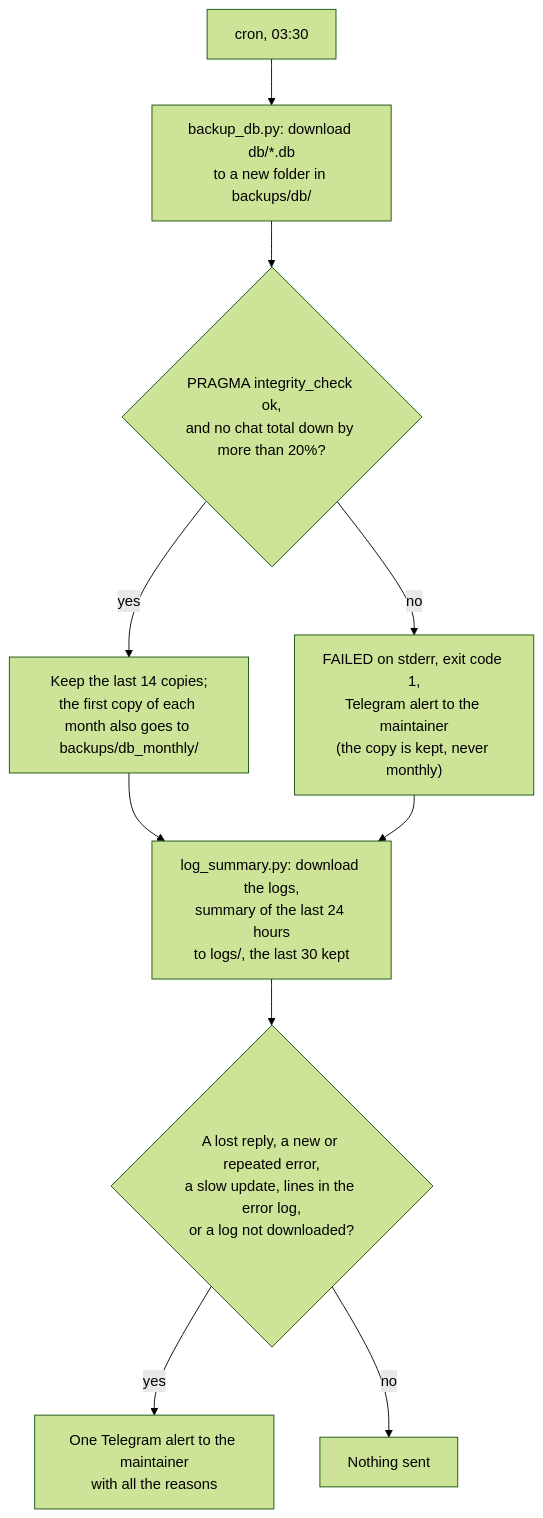
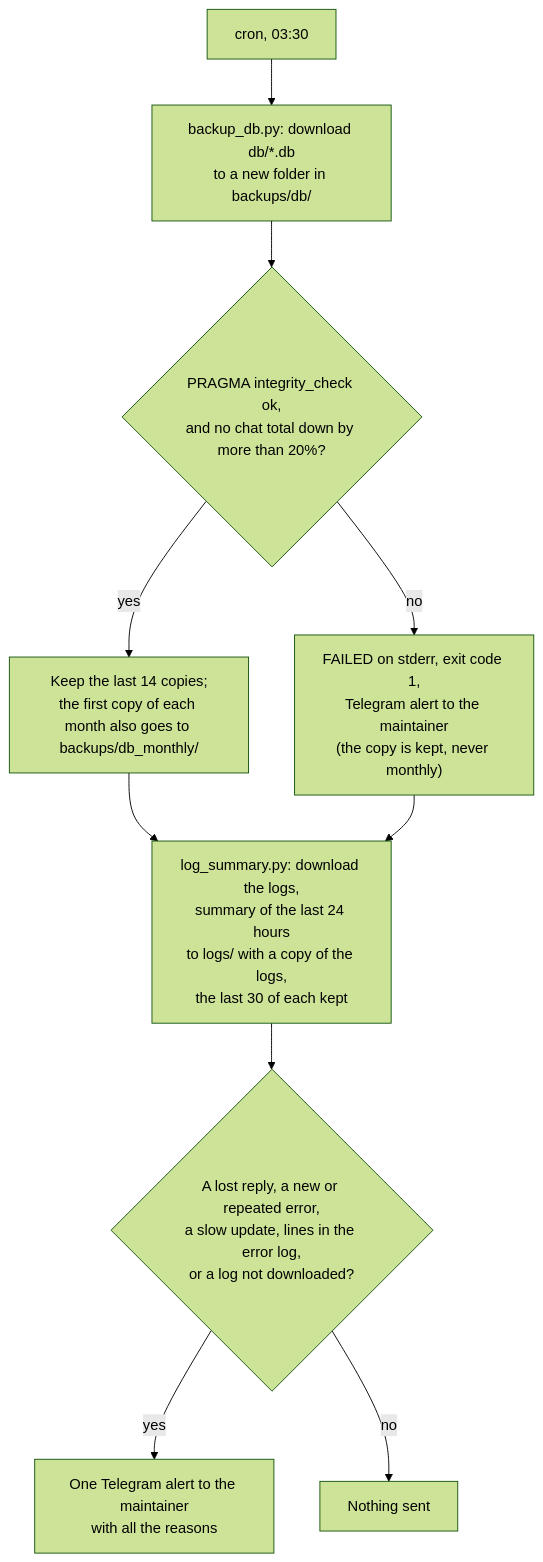
The second of 2 diagrams in docs/operations.md (francescoperrino/Caccometro), drawn with Mermaid (forest theme) before and after one commit. The commit also changed other lines of this file and 2 other files, not shown here.

Commit message:
Keep a compressed copy of the downloaded logs for 30 nights (#168)

````diff
--- a/docs/operations.md
+++ b/docs/operations.md
@@ -54,12 +54,12 @@
 ```mermaid
 flowchart TD
     cron["cron, 03:30"] --> download["backup_db.py: download db/*.db<br/>to a new folder in backups/db/"]
     download --> check{"PRAGMA integrity_check ok,<br/>and no chat total down by more than 20%?"}
     check -->|"yes"| keep["Keep the last 14 copies;<br/>the first copy of each month also goes to backups/db_monthly/"]
     check -->|"no"| failed["FAILED on stderr, exit code 1,<br/>Telegram alert to the maintainer<br/>(the copy is kept, never monthly)"]
     keep --> summary
-    failed --> summary["log_summary.py: download the logs,<br/>summary of the last 24 hours<br/>to logs/, the last 30 kept"]
+    failed --> summary["log_summary.py: download the logs,<br/>summary of the last 24 hours<br/>to logs/ with a copy of the logs,<br/>the last 30 of each kept"]
     summary --> new{"A lost reply, a new or repeated error,<br/>a slow update, lines in the error log,<br/>or a log not downloaded?"}
     new -->|"yes"| alert["One Telegram alert to the maintainer<br/>with all the reasons"]
     new -->|"no"| done["Nothing sent"]
 ```
````
